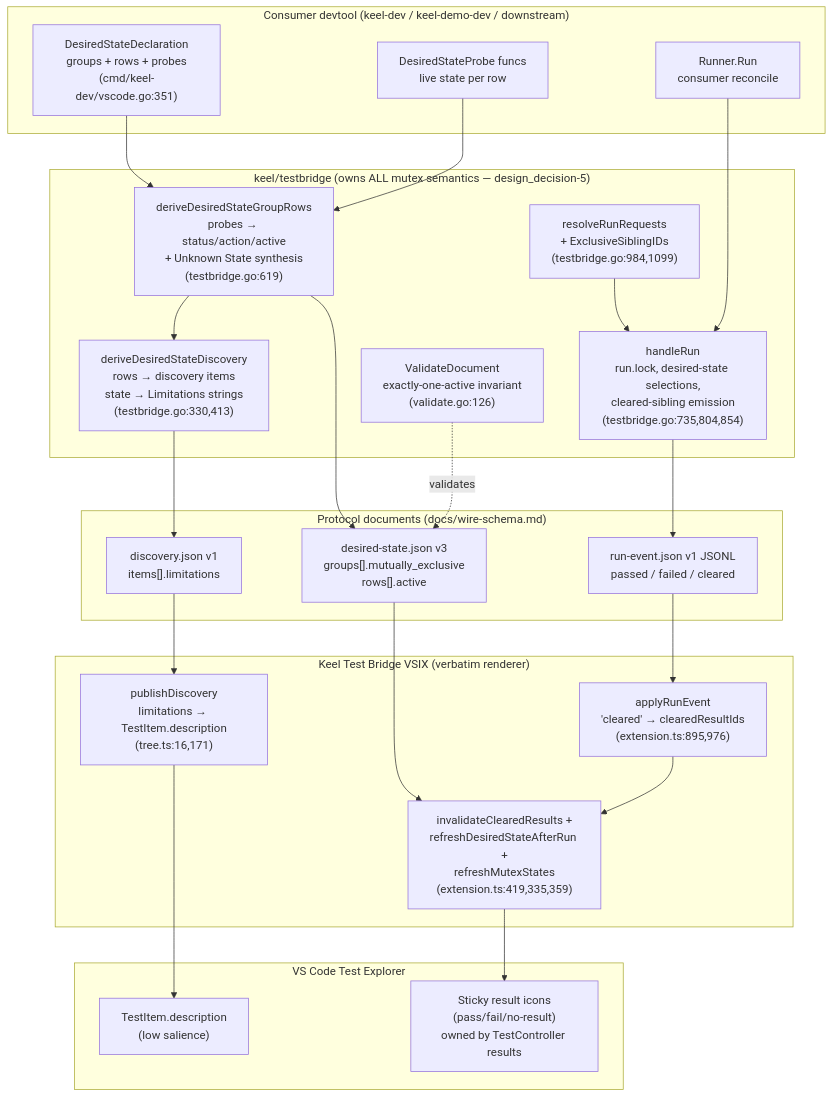
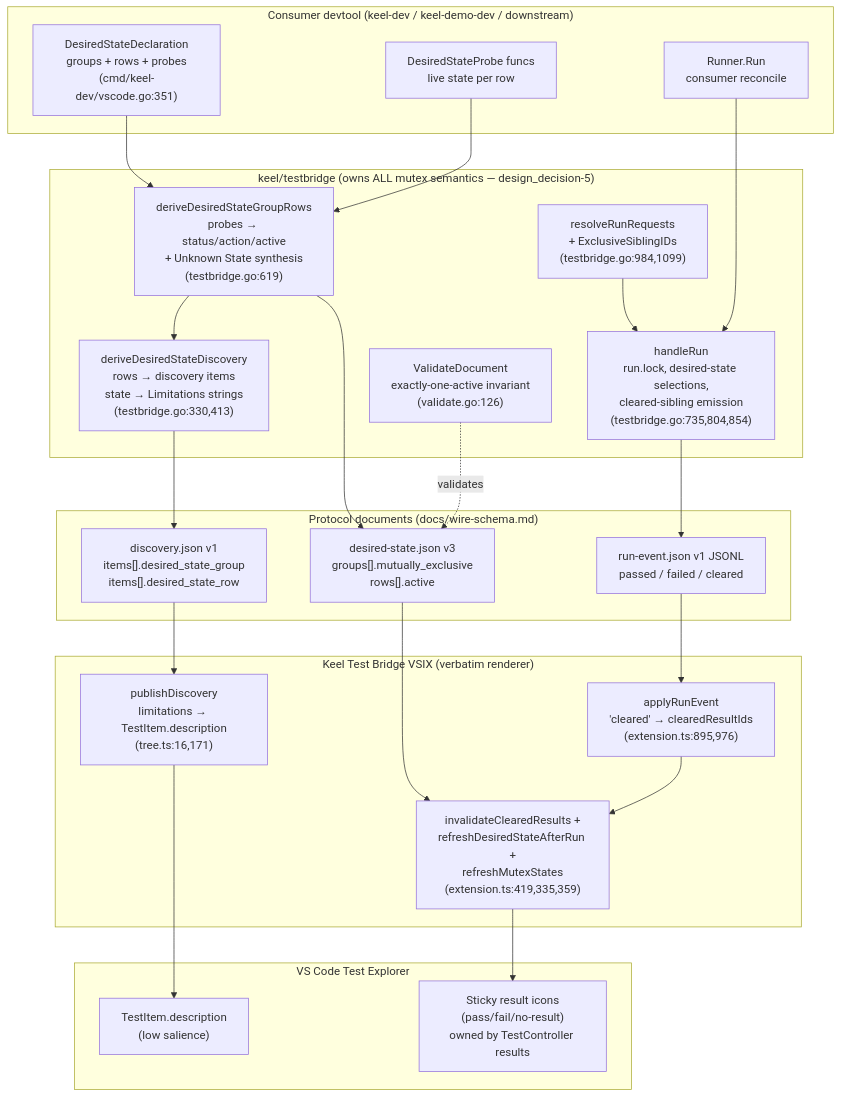
The first of 2 diagrams in docs/mutex/architecture.md (david-aggeler/keel), drawn with Mermaid before and after one commit. The commit also changed other lines of this file and 17 other files, not shown here.

````diff
--- a/docs/mutex/architecture.md
+++ b/docs/mutex/architecture.md
@@ -9,49 +9,49 @@
 ```mermaid
 flowchart TB
     subgraph consumer["Consumer devtool (keel-dev / keel-demo-dev / downstream)"]
         DECL["DesiredStateDeclaration<br/>groups + rows + probes<br/>(cmd/keel-dev/vscode.go:351)"]
         PROBE["DesiredStateProbe funcs<br/>live state per row"]
         RUNNER["Runner.Run<br/>consumer reconcile"]
     end
 
     subgraph bridge["keel/testbridge (owns ALL mutex semantics — design_decision-5)"]
         DERIVE["deriveDesiredStateGroupRows<br/>probes → status/action/active<br/>+ Unknown State synthesis<br/>(testbridge.go:619)"]
         DISC["deriveDesiredStateDiscovery<br/>rows → discovery items<br/>state → Limitations strings<br/>(testbridge.go:330,413)"]
         RESOLVE["resolveRunRequests<br/>+ ExclusiveSiblingIDs<br/>(testbridge.go:984,1099)"]
         RUNV["handleRun<br/>run.lock, desired-state selections,<br/>cleared-sibling emission<br/>(testbridge.go:735,804,854)"]
         VAL["ValidateDocument<br/>exactly-one-active invariant<br/>(validate.go:126)"]
     end
 
     subgraph wire["Protocol documents (docs/wire-schema.md)"]
-        D1["discovery.json v1<br/>items[].limitations"]
+        D1["discovery.json v1<br/>items[].desired_state_group<br/>items[].desired_state_row"]
         D2["desired-state.json v3<br/>groups[].mutually_exclusive<br/>rows[].active"]
         D3["run-event.json v1 JSONL<br/>passed / failed / cleared"]
     end
 
     subgraph vsix["Keel Test Bridge VSIX (verbatim renderer)"]
         TREE["publishDiscovery<br/>limitations → TestItem.description<br/>(tree.ts:16,171)"]
         APPLY["applyRunEvent<br/>'cleared' → clearedResultIds<br/>(extension.ts:895,976)"]
         RECON["invalidateClearedResults +<br/>refreshDesiredStateAfterRun +<br/>refreshMutexStates<br/>(extension.ts:419,335,359)"]
     end
 
     subgraph vscodeui["VS Code Test Explorer"]
         ICONS["Sticky result icons<br/>(pass/fail/no-result)<br/>owned by TestController results"]
         DESCR["TestItem.description<br/>(low salience)"]
     end
 
     DECL --> DERIVE
     PROBE --> DERIVE
     DERIVE --> DISC
     DERIVE --> D2
     DISC --> D1
     RESOLVE --> RUNV
     RUNNER --> RUNV
     RUNV --> D3
     VAL -.validates.-> D2
     D1 --> TREE
     D2 --> RECON
     D3 --> APPLY
     TREE --> DESCR
     APPLY --> RECON
     RECON --> ICONS
 ```
````
